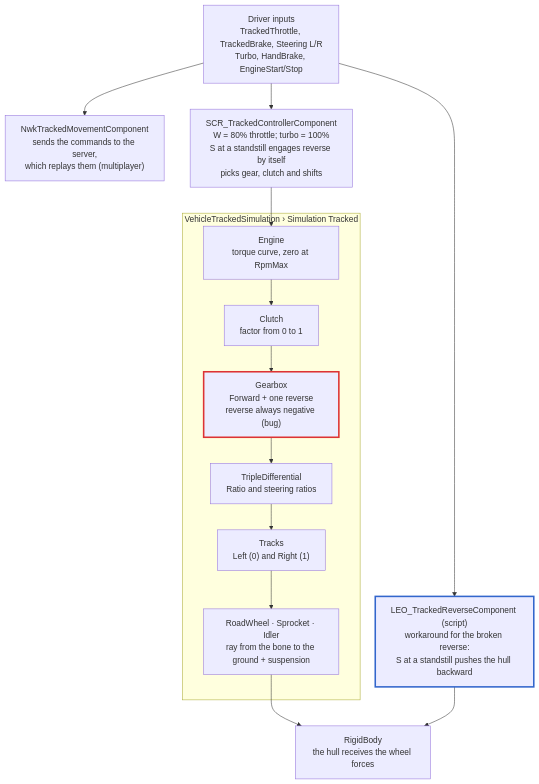
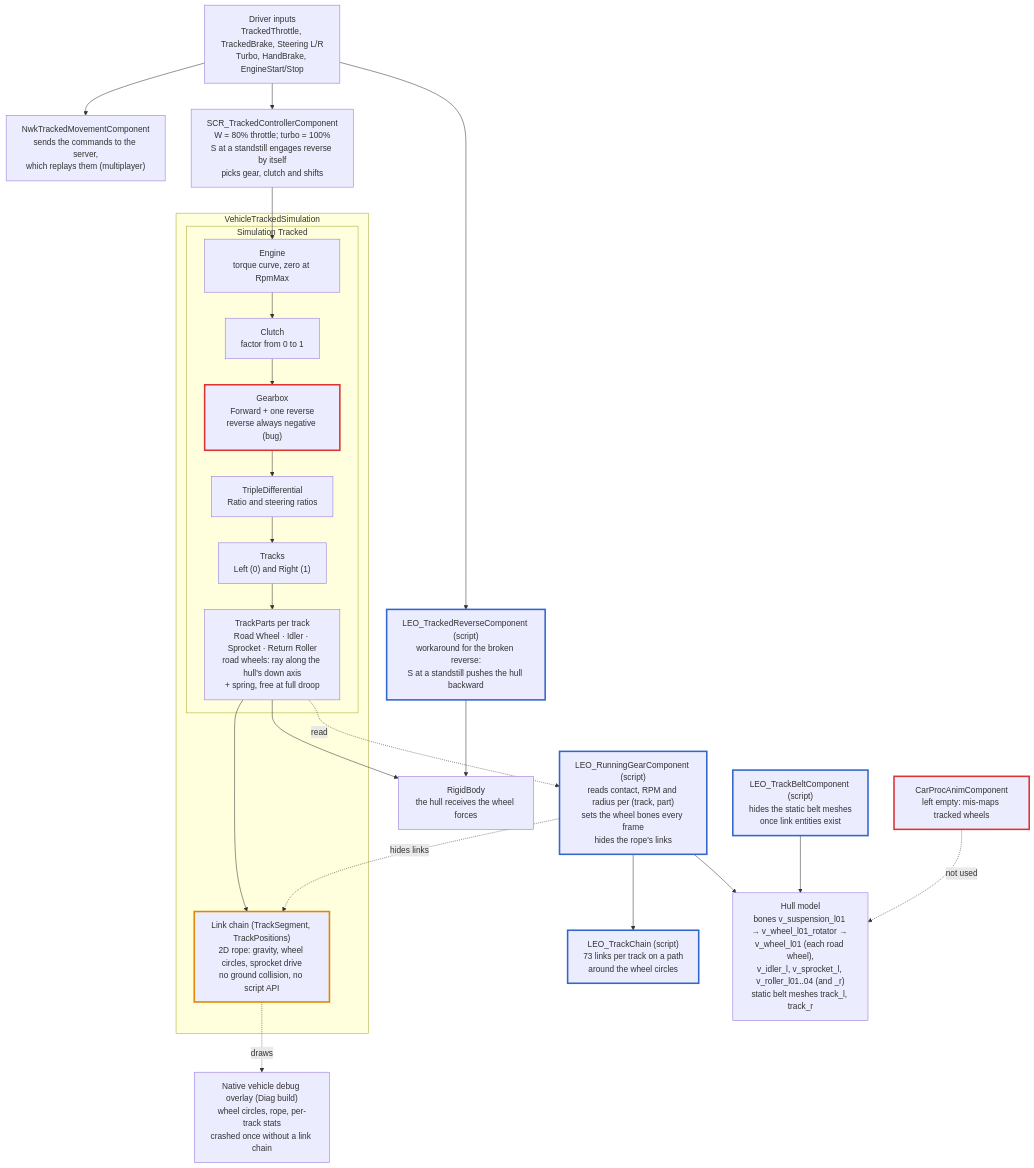
The diagram in docs/en/02-architecture.md (Kiichiuwu/arma-reforger-tracked-vehicle-guide), drawn with Mermaid before and after one commit. The commit also changed other lines of this file and 99 other files, not shown here.

First line of the commit message:
Leopard 2A6: suspension, running gear, track links and vehicle debug

````diff
--- a/docs/en/02-architecture.md
+++ b/docs/en/02-architecture.md
@@ -7,25 +7,44 @@
 ```mermaid
 flowchart TD
   IN["Driver inputs<br/>TrackedThrottle, TrackedBrake, Steering L/R<br/>Turbo, HandBrake, EngineStart/Stop"]
   NWK["NwkTrackedMovementComponent<br/>sends the commands to the server,<br/>which replays them (multiplayer)"]
   CTL["SCR_TrackedControllerComponent<br/>W = 80% throttle; turbo = 100%<br/>S at a standstill engages reverse by itself<br/>picks gear, clutch and shifts"]
   REV["LEO_TrackedReverseComponent (script)<br/>workaround for the broken reverse:<br/>S at a standstill pushes the hull backward"]
-  subgraph SIM["VehicleTrackedSimulation › Simulation Tracked"]
-    ENG["Engine<br/>torque curve, zero at RpmMax"] --> CLU["Clutch<br/>factor from 0 to 1"]
-    CLU --> GBX["Gearbox<br/>Forward + one reverse<br/>reverse always negative (bug)"]
-    GBX --> DIF["TripleDifferential<br/>Ratio and steering ratios"]
-    DIF --> TRK["Tracks<br/>Left (0) and Right (1)"]
-    TRK --> WHL["RoadWheel · Sprocket · Idler<br/>ray from the bone to the ground + suspension"]
+  subgraph VTS["VehicleTrackedSimulation"]
+    subgraph SIM["Simulation Tracked"]
+      ENG["Engine<br/>torque curve, zero at RpmMax"] --> CLU["Clutch<br/>factor from 0 to 1"]
+      CLU --> GBX["Gearbox<br/>Forward + one reverse<br/>reverse always negative (bug)"]
+      GBX --> DIF["TripleDifferential<br/>Ratio and steering ratios"]
+      DIF --> TRK["Tracks<br/>Left (0) and Right (1)"]
+      TRK --> WHL["TrackParts per track<br/>Road Wheel · Idler · Sprocket · Return Roller<br/>road wheels: ray along the hull's down axis<br/>+ spring, free at full droop"]
+    end
+    CHN["Link chain (TrackSegment, TrackPositions)<br/>2D rope: gravity, wheel circles, sprocket drive<br/>no ground collision, no script API"]
   end
   RB["RigidBody<br/>the hull receives the wheel forces"]
+  CPA["CarProcAnimComponent<br/>left empty: mis-maps tracked wheels"]
+  GEAR["LEO_RunningGearComponent (script)<br/>reads contact, RPM and radius per (track, part)<br/>sets the wheel bones every frame<br/>hides the rope's links"]
+  LCH["LEO_TrackChain (script)<br/>73 links per track on a path<br/>around the wheel circles"]
+  BELT["LEO_TrackBeltComponent (script)<br/>hides the static belt meshes<br/>once link entities exist"]
+  HULL["Hull model<br/>bones v_suspension_l01 → v_wheel_l01_rotator → v_wheel_l01 (each road wheel),<br/>v_idler_l, v_sprocket_l, v_roller_l01..04 (and _r)<br/>static belt meshes track_l, track_r"]
+  DBG["Native vehicle debug overlay (Diag build)<br/>wheel circles, rope, per-track stats<br/>crashed once without a link chain"]
   IN --> CTL
   CTL --> ENG
   IN --> NWK
   IN --> REV
   WHL --> RB
   REV --> RB
+  WHL --> CHN
+  WHL -. read .-> GEAR
+  GEAR --> HULL
+  GEAR --> LCH
+  GEAR -. hides links .-> CHN
+  BELT --> HULL
+  CPA -. not used .-> HULL
+  CHN -. draws .-> DBG
   classDef bug stroke:#d33,stroke-width:3px
+  classDef warn stroke:#d80,stroke-width:3px
   classDef fix stroke:#36c,stroke-width:3px
-  class GBX bug
-  class REV fix
+  class GBX,CPA bug
+  class CHN warn
+  class REV,GEAR,LCH,BELT fix
 ```
````
